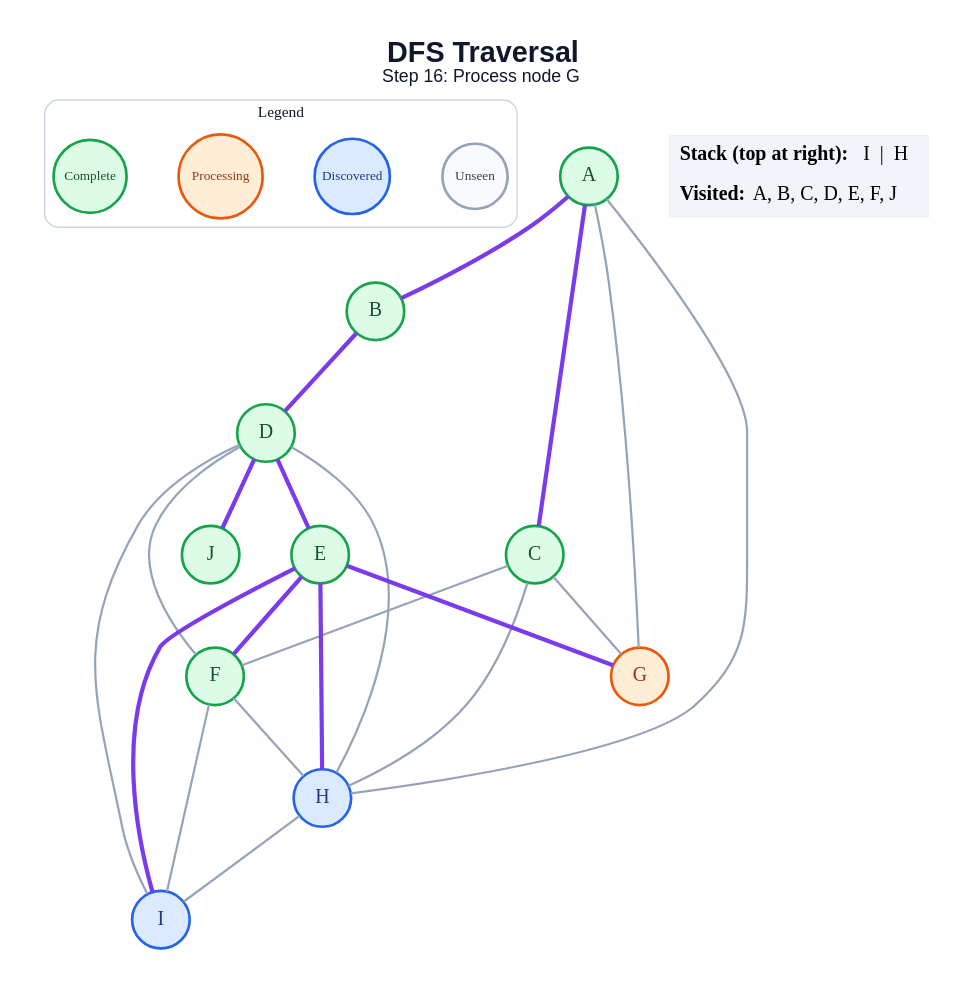
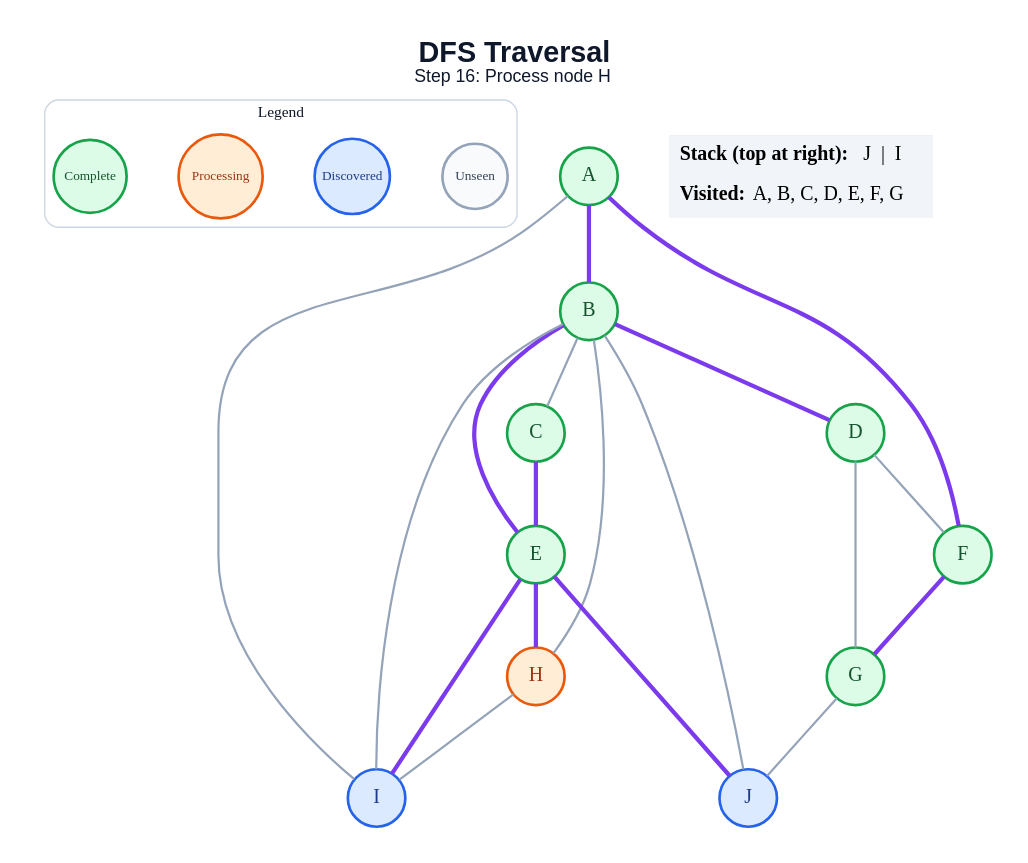
One commit to amanghodawala9/ai-slop changed the diagram in generated/specific-node/dfs/step_16.dot. Above: the diagram before and after it, drawn with Graphviz. The commit also changed 178 other files, not shown here.

```diff
--- a/generated/specific-node/dfs/step_16.dot
+++ b/generated/specific-node/dfs/step_16.dot
@@ -1,49 +1,47 @@
 graph traversal {
   graph [layout=dot, rankdir=TB, bgcolor="#FFFFFF", pad="0.35", nodesep="0.65", ranksep="0.8", fontname="Arial"];
   node [shape=circle, style="filled", fontname="Arial Bold", fontsize=18, width=0.72, fixedsize=true, penwidth=2.4];
   edge [color="#94A3B8", penwidth=2.0];
-  label=<<B>DFS Traversal</B><BR/><FONT POINT-SIZE="16">Step 16: Process node G</FONT>>; labelloc="t"; fontsize=26; fontname="Arial"; fontcolor="#0F172A";
+  label=<<B>DFS Traversal</B><BR/><FONT POINT-SIZE="16">Step 16: Process node H</FONT>>; labelloc="t"; fontsize=26; fontname="Arial"; fontcolor="#0F172A";
   subgraph cluster_legend { label="Legend"; color="#CBD5E1"; penwidth=1.2; style="rounded"; fontsize=14; fontname="Arial Bold";
     key_unseen [label="Unseen", fillcolor="#F8FAFC", color="#94A3B8", fontcolor="#334155", fontsize=12, width=0.82];
     key_frontier [label="Discovered", fillcolor="#DBEAFE", color="#2563EB", fontcolor="#1E3A8A", fontsize=12, width=0.95];
     key_current [label="Processing", fillcolor="#FFEDD5", color="#EA580C", fontcolor="#9A3412", fontsize=12, width=1.05];
     key_done [label="Complete", fillcolor="#DCFCE7", color="#16A34A", fontcolor="#14532D", fontsize=12, width=0.92];
     { rank=same; key_unseen; key_frontier; key_current; key_done; }
   }
   A [fillcolor="#DCFCE7", color="#16A34A", fontcolor="#14532D"];
   B [fillcolor="#DCFCE7", color="#16A34A", fontcolor="#14532D"];
   C [fillcolor="#DCFCE7", color="#16A34A", fontcolor="#14532D"];
   D [fillcolor="#DCFCE7", color="#16A34A", fontcolor="#14532D"];
   E [fillcolor="#DCFCE7", color="#16A34A", fontcolor="#14532D"];
   F [fillcolor="#DCFCE7", color="#16A34A", fontcolor="#14532D"];
-  G [fillcolor="#FFEDD5", color="#EA580C", fontcolor="#9A3412"];
-  H [fillcolor="#DBEAFE", color="#2563EB", fontcolor="#1E3A8A"];
+  G [fillcolor="#DCFCE7", color="#16A34A", fontcolor="#14532D"];
+  H [fillcolor="#FFEDD5", color="#EA580C", fontcolor="#9A3412"];
   I [fillcolor="#DBEAFE", color="#2563EB", fontcolor="#1E3A8A"];
-  J [fillcolor="#DCFCE7", color="#16A34A", fontcolor="#14532D"];
+  J [fillcolor="#DBEAFE", color="#2563EB", fontcolor="#1E3A8A"];
   A -- B [color="#7C3AED", penwidth=3.8];
-  A -- C [color="#7C3AED", penwidth=3.8];
-  A -- G;
-  A -- H;
+  A -- F [color="#7C3AED", penwidth=3.8];
+  A -- I;
+  B -- C;
   B -- D [color="#7C3AED", penwidth=3.8];
-  C -- F;
-  C -- G;
-  C -- H;
-  D -- E [color="#7C3AED", penwidth=3.8];
+  B -- E [color="#7C3AED", penwidth=3.8];
+  B -- H;
+  B -- I;
+  B -- J;
+  C -- E [color="#7C3AED", penwidth=3.8];
   D -- F;
-  D -- H;
-  D -- I;
-  D -- J [color="#7C3AED", penwidth=3.8];
-  E -- F [color="#7C3AED", penwidth=3.8];
-  E -- G [color="#7C3AED", penwidth=3.8];
+  D -- G;
   E -- H [color="#7C3AED", penwidth=3.8];
   E -- I [color="#7C3AED", penwidth=3.8];
-  F -- H;
-  F -- I;
+  E -- J [color="#7C3AED", penwidth=3.8];
+  F -- G [color="#7C3AED", penwidth=3.8];
+  G -- J;
   H -- I;
   status [shape=plain, fixedsize=false, width=0, height=0, margin=0, label=<
     <TABLE BORDER="0" CELLBORDER="0" CELLPADDING="7" BGCOLOR="#F1F5F9">
-      <TR><TD ALIGN="LEFT"><B>Stack (top at right):</B> I  |  H</TD></TR>
-      <TR><TD ALIGN="LEFT"><B>Visited:</B> A, B, C, D, E, F, J</TD></TR>
+      <TR><TD ALIGN="LEFT"><B>Stack (top at right):</B> J  |  I</TD></TR>
+      <TR><TD ALIGN="LEFT"><B>Visited:</B> A, B, C, D, E, F, G</TD></TR>
     </TABLE>
   >];
 }
```
